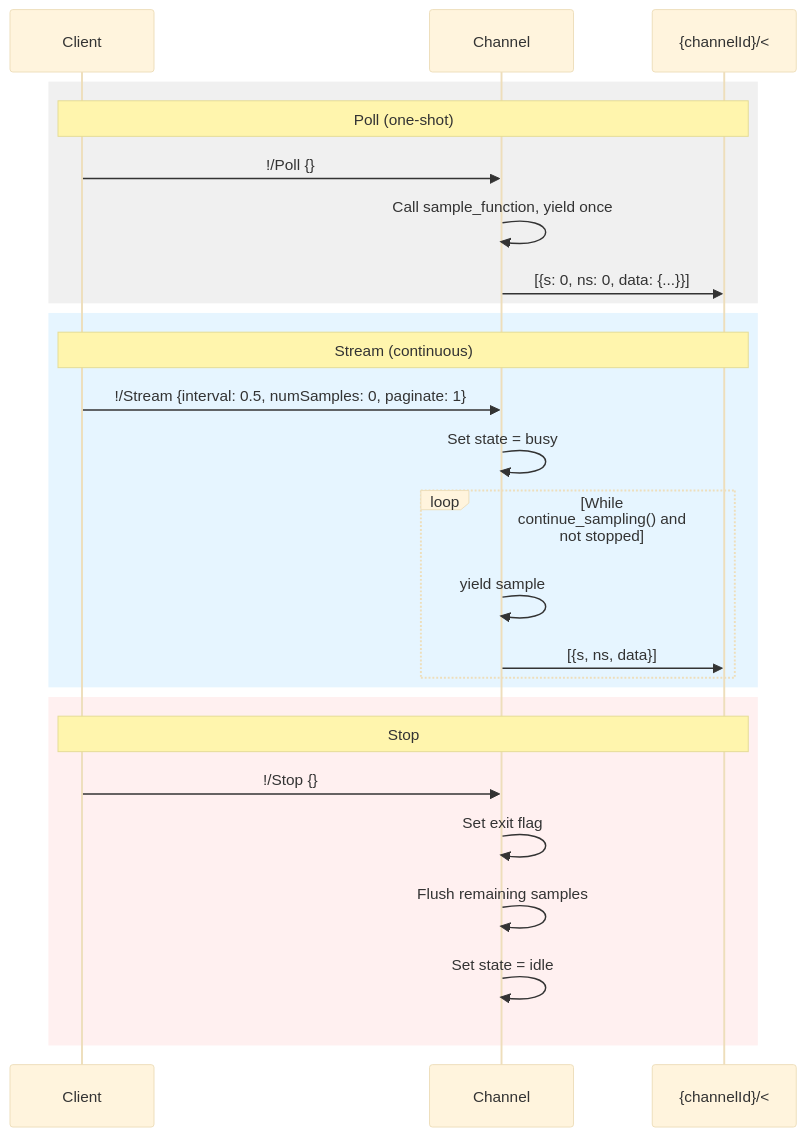
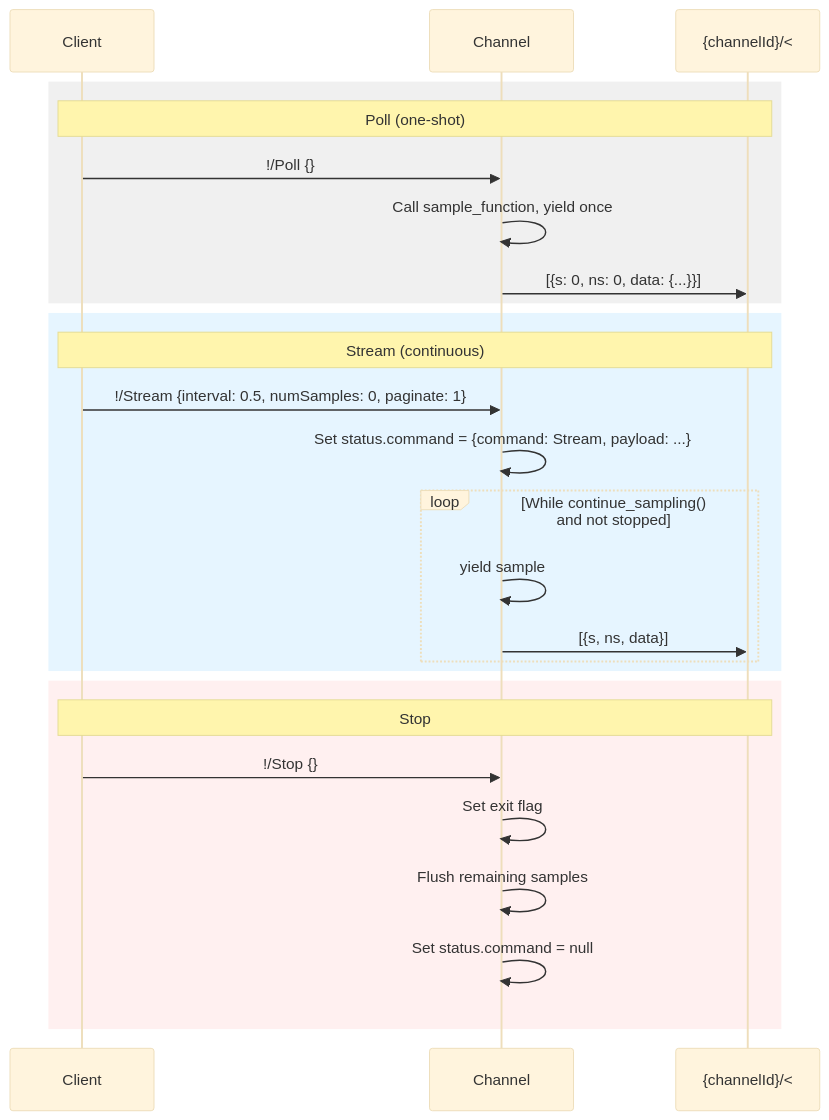
Before and after one commit to BuildLynx/lynx-sdk-python: the fifth of 7 diagrams in docs/protocol.md, drawn with Mermaid (base theme). The commit also changed other lines of this file and 6 other files, not shown here.

Commit message:
Separated status.state into status.connected boolean for ClientComponents and status.command object for Channels

````diff
--- a/docs/protocol.md
+++ b/docs/protocol.md
@@ -372,31 +370,31 @@
 ```mermaid
 sequenceDiagram
     participant C as Client
     participant Ch as Channel
     participant Out as {channelId}/<
 
     rect rgb(240, 240, 240)
         Note over C,Out: Poll (one-shot)
         C->>Ch: !/Poll {}
         Ch->>Ch: Call sample_function, yield once
         Ch->>Out: [{s: 0, ns: 0, data: {...}}]
     end
 
     rect rgb(230, 245, 255)
         Note over C,Out: Stream (continuous)
         C->>Ch: !/Stream {interval: 0.5, numSamples: 0, paginate: 1}
-        Ch->>Ch: Set state = busy
+        Ch->>Ch: Set status.command = {command: Stream, payload: ...}
         loop While continue_sampling() and not stopped
             Ch->>Ch: yield sample
             Ch->>Out: [{s, ns, data}]
         end
     end
 
     rect rgb(255, 240, 240)
         Note over C,Out: Stop
         C->>Ch: !/Stop {}
         Ch->>Ch: Set exit flag
         Ch->>Ch: Flush remaining samples
-        Ch->>Ch: Set state = idle
+        Ch->>Ch: Set status.command = null
     end
 ```
````
